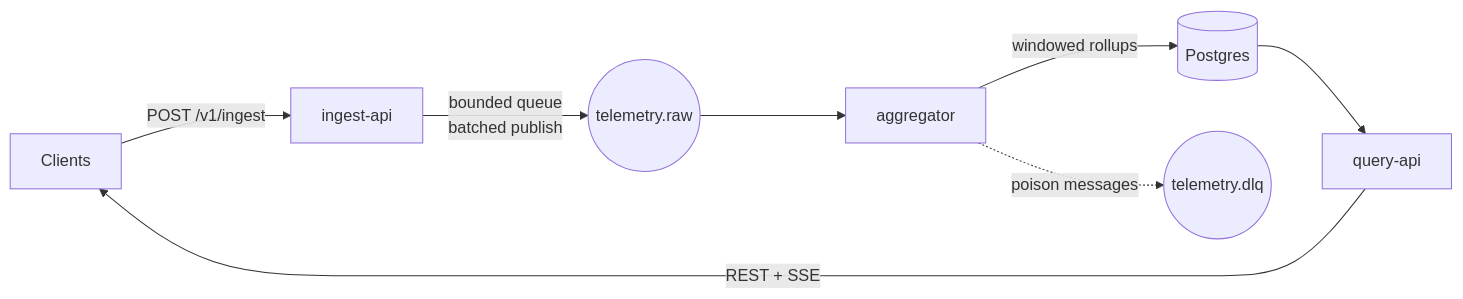
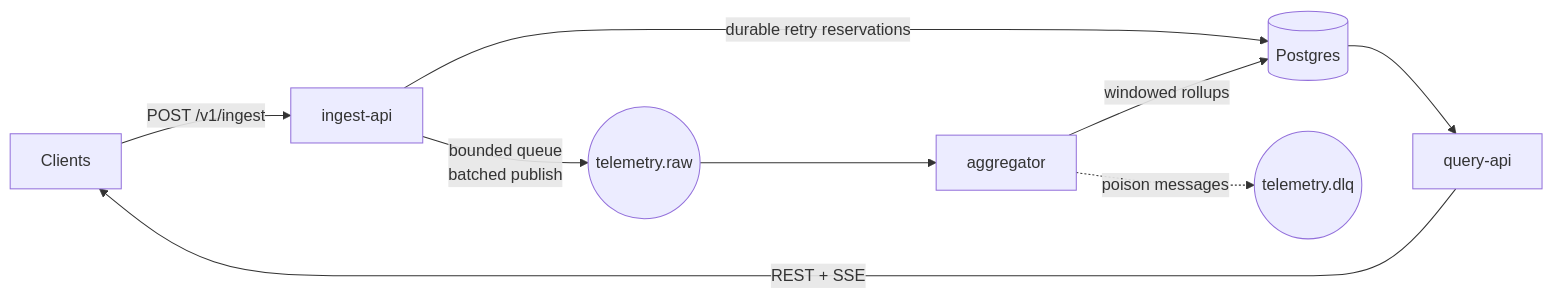
One commit to jon-jc/fluxgate changed the diagram in README.md. Above: the diagram before and after it, drawn with Mermaid. The commit also changed other lines of this file and 18 other files, not shown here.

````diff
--- a/README.md
+++ b/README.md
@@ -12,10 +12,11 @@
 ```mermaid
 flowchart LR
     C[Clients] -->|POST /v1/ingest| I[ingest-api]
     I -->|bounded queue<br/>batched publish| T((telemetry.raw))
+    I -->|durable retry reservations| P[(Postgres)]
     T --> A[aggregator]
     A -->|windowed rollups| P[(Postgres)]
     A -.->|poison messages| D((telemetry.dlq))
     P --> Q[query-api]
     Q -->|REST + SSE| C
 ```
````
